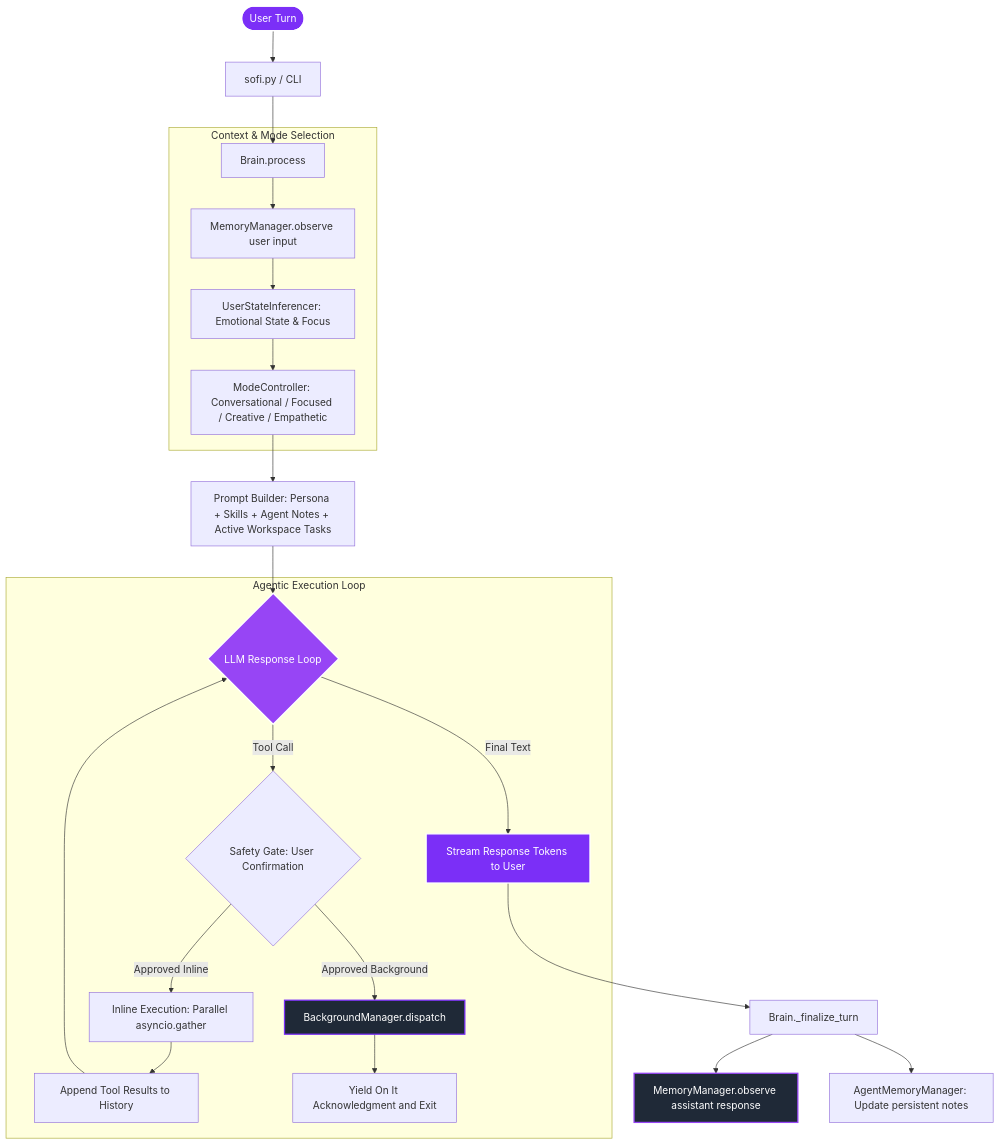
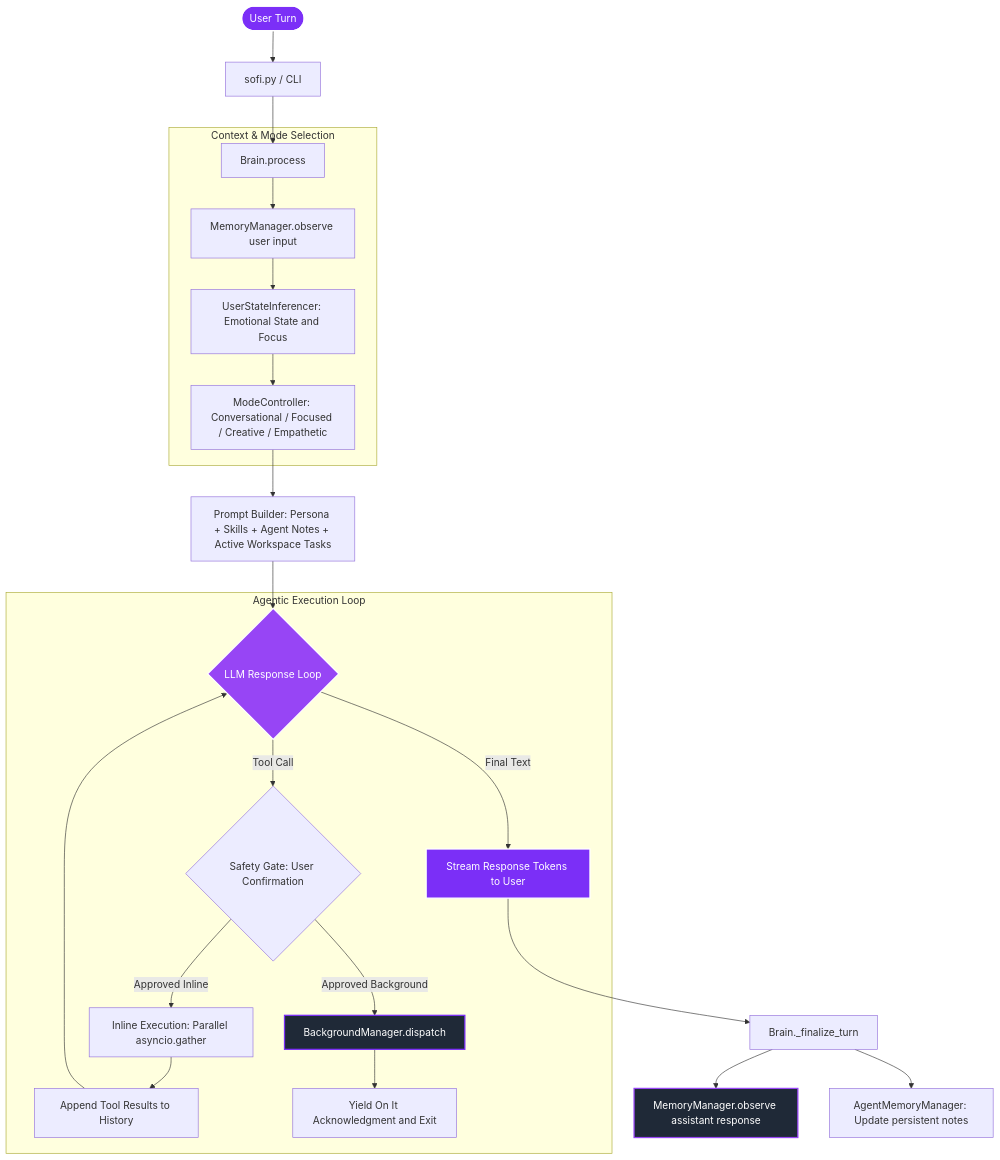
One commit to zafar-TechWizard/zafar-TechWizard changed the second of 2 diagrams in README.md. Above: the diagram before and after it, drawn with Mermaid. The commit also changed other lines of this file, not shown here.

Commit message:
docs: quote strings in mermaid diagrams to improve rendering compatibility in README.md

````diff
--- a/README.md
+++ b/README.md
@@ -102,40 +102,40 @@
 ```mermaid
 graph TD
-    User([User Turn]) --> Input[sofi.py / CLI]
-    Input --> Process[Brain.process]
+    User([User Turn]) --> Input["sofi.py / CLI"]
+    Input --> Process["Brain.process"]
     
     %% Preparation Phase
     subgraph Context & Mode Selection
-        Process --> ObserveL1[MemoryManager.observe user input]
-        ObserveL1 --> StateInfer[UserStateInferencer: Emotional State & Focus]
-        StateInfer --> ModeDecide[ModeController: Conversational / Focused / Creative / Empathetic]
+        Process --> ObserveL1["MemoryManager.observe user input"]
+        ObserveL1 --> StateInfer["UserStateInferencer: Emotional State and Focus"]
+        StateInfer --> ModeDecide["ModeController: Conversational / Focused / Creative / Empathetic"]
     end
 
     %% System Prompt Building
-    ModeDecide --> BuildPrompt[Prompt Builder: Persona + Skills + Agent Notes + Active Workspace Tasks]
+    ModeDecide --> BuildPrompt["Prompt Builder: Persona + Skills + Agent Notes + Active Workspace Tasks"]
     
     %% LLM Execution Cascade
-    BuildPrompt --> LLMLoop{LLM Response Loop}
+    BuildPrompt --> LLMLoop{"LLM Response Loop"}
     
     subgraph Agentic Execution Loop
-        LLMLoop -->|Tool Call| SafetyGate{Safety Gate: User Confirmation}
-        SafetyGate -->|Approved Inline| InlineExec[Inline Execution: Parallel asyncio.gather]
-        SafetyGate -->|Approved Background| BgExec[BackgroundManager.dispatch]
-        InlineExec --> ToolMsg[Append Tool Results to History]
-        BgExec --> Ack[Yield On It Acknowledgment and Exit]
+        LLMLoop -->|Tool Call| SafetyGate{"Safety Gate: User Confirmation"}
+        SafetyGate -->|Approved Inline| InlineExec["Inline Execution: Parallel asyncio.gather"]
+        SafetyGate -->|Approved Background| BgExec["BackgroundManager.dispatch"]
+        InlineExec --> ToolMsg["Append Tool Results to History"]
+        BgExec --> Ack["Yield On It Acknowledgment and Exit"]
         ToolMsg --> LLMLoop
         
-        LLMLoop -->|Final Text| Stream[Stream Response Tokens to User]
+        LLMLoop -->|Final Text| Stream["Stream Response Tokens to User"]
     end
 
     %% Post Turn bookkeeping
-    Stream --> Finalize[Brain._finalize_turn]
-    Finalize --> ObserveL2[MemoryManager.observe assistant response]
-    Finalize --> AgentMem[AgentMemoryManager: Update persistent notes]
+    Stream --> Finalize["Brain._finalize_turn"]
+    Finalize --> ObserveL2["MemoryManager.observe assistant response"]
+    Finalize --> AgentMem["AgentMemoryManager: Update persistent notes"]
 
     style User fill:#7B2FF7,stroke:#fff,stroke-width:2px,color:#fff
     style LLMLoop fill:#9745F5,stroke:#fff,stroke-width:2px,color:#fff
     style Stream fill:#7B2FF7,stroke:#fff,stroke-width:2px,color:#fff
     style BgExec fill:#1F2937,stroke:#7B2FF7,stroke-width:2px,color:#fff
     style ObserveL2 fill:#1F2937,stroke:#9745F5,stroke-width:2px,color:#fff
 ```
````
